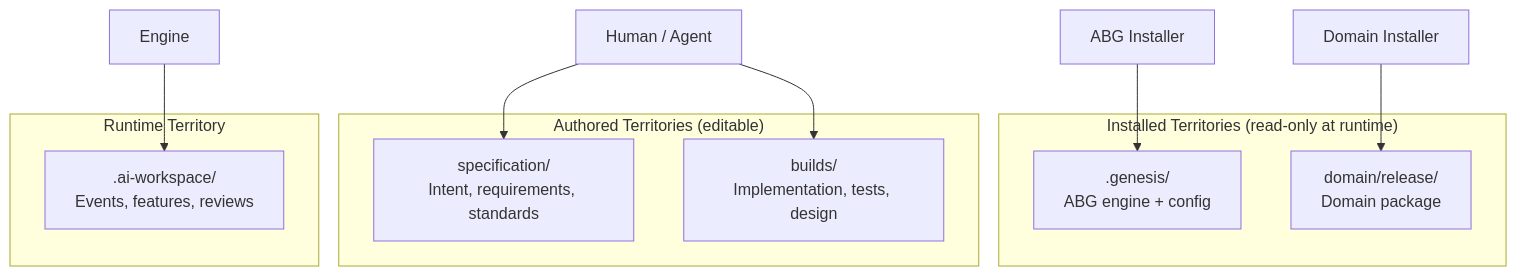
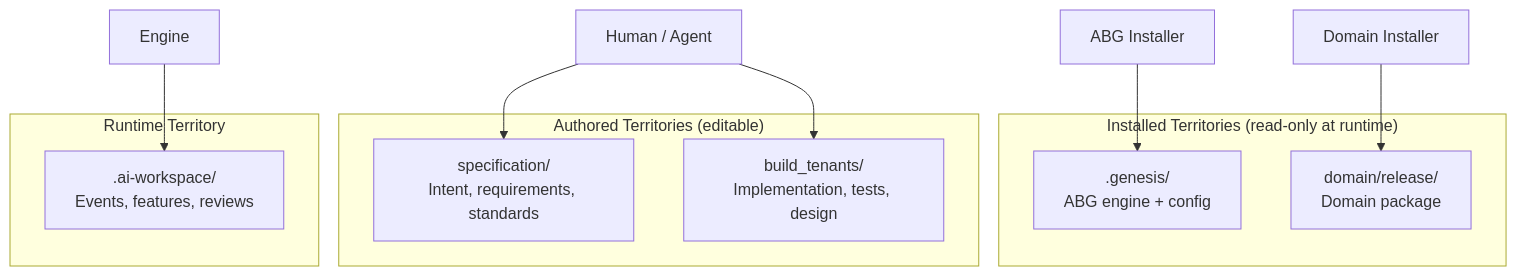
One commit to foolishimp/abiogenesis changed diagram 23 of 23 in docs/ABG_Design_Document.md. Above: the diagram before and after it, drawn with Mermaid. The commit also changed other lines of this file and 240 other files, not shown here.

````diff
--- a/docs/ABG_Design_Document.md
+++ b/docs/ABG_Design_Document.md
@@ -1060,22 +1060,22 @@
 ```mermaid
 flowchart TD
     subgraph Installed["Installed Territories (read-only at runtime)"]
         GEN[".genesis/\nABG engine + config"]
         DOM["domain/release/\nDomain package"]
     end
 
     subgraph Authored["Authored Territories (editable)"]
         SPEC["specification/\nIntent, requirements, standards"]
-        BUILDS["builds/\nImplementation, tests, design"]
+        BUILDS["build_tenants/\nImplementation, tests, design"]
     end
 
     subgraph Runtime["Runtime Territory"]
         AWS[".ai-workspace/\nEvents, features, reviews"]
     end
 
     ABG["ABG Installer"] --> GEN
     GSDLC["Domain Installer"] --> DOM
     HUMAN["Human / Agent"] --> SPEC
     HUMAN --> BUILDS
     ENGINE["Engine"] --> AWS
 ```
````
